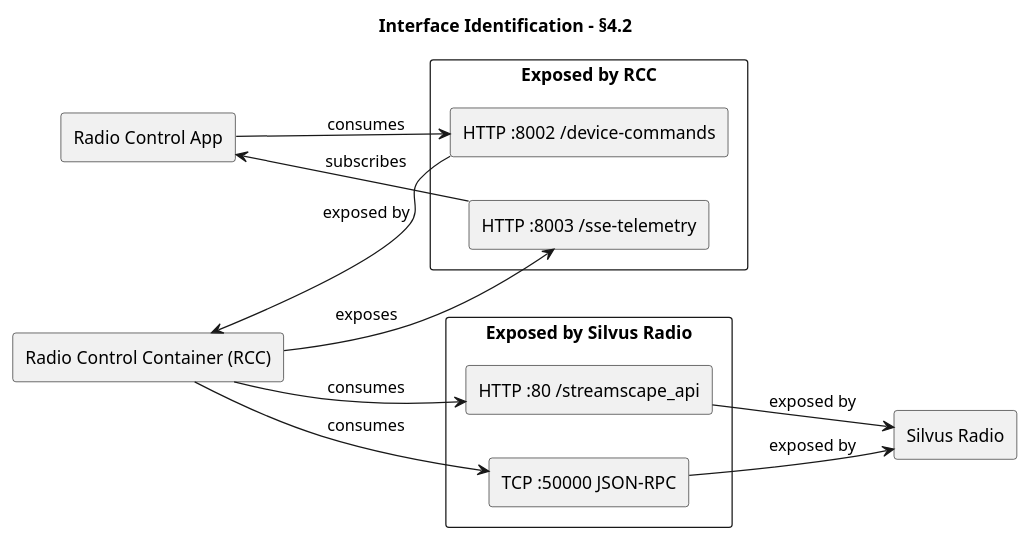
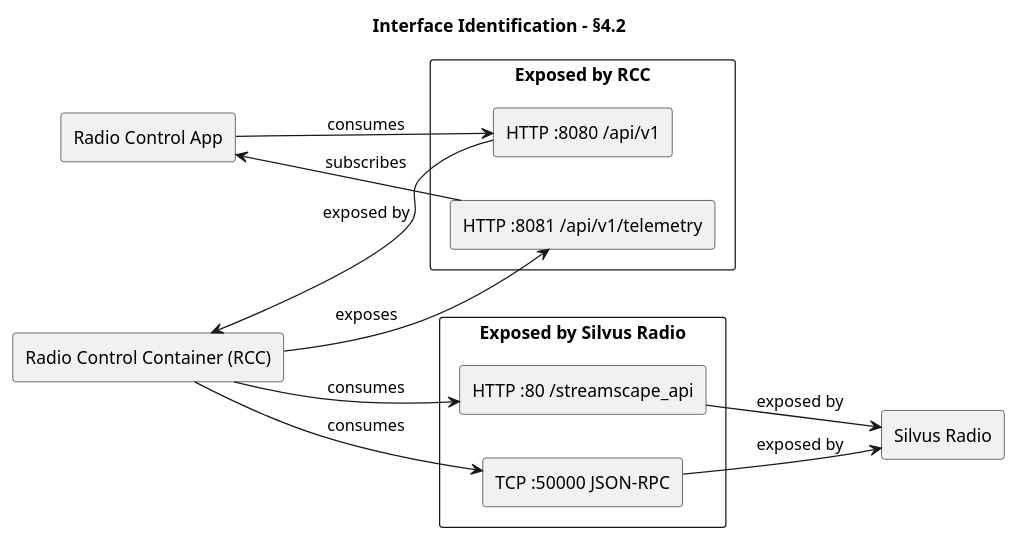
One commit to CarlosSprekelsen/radio-control changed the second of 5 diagrams in docs/icd_tnn_↔_radio_logical_ieee_style_template_editable.md. Above: the diagram before and after it, drawn with PlantUML. The commit also changed other lines of this file and 14 other files, not shown here.

````diff
--- a/docs/icd_tnn_↔_radio_logical_ieee_style_template_editable.md
+++ b/docs/icd_tnn_↔_radio_logical_ieee_style_template_editable.md
@@ -174,33 +174,33 @@
 ```plantuml
 @startuml
 title Interface Identification – §4.2
 left to right direction
 skinparam componentStyle rectangle
 
 component "Radio Control App" as App
 component "Radio Control Container (RCC)" as RCC
 component "Silvus Radio" as Radio
 
 rectangle "Exposed by RCC" as RCCIf {
-  [HTTP :8002 /device-commands]
-  [HTTP :8003 /sse-telemetry]
+  [HTTP :8080 /api/v1]
+  [HTTP :8081 /api/v1/telemetry]
 }
 
 rectangle "Exposed by Silvus Radio" as RadioIf {
   [HTTP :80 /streamscape_api]
   [TCP :50000 JSON-RPC]
 }
 
-App --> [HTTP :8002 /device-commands] : consumes
-[HTTP :8002 /device-commands] --> RCC : exposed by
+App --> [HTTP :8080 /api/v1] : consumes
+[HTTP :8080 /api/v1] --> RCC : exposed by
 
-RCC --> [HTTP :8003 /sse-telemetry] : exposes
-[HTTP :8003 /sse-telemetry] --> App : subscribes
+RCC --> [HTTP :8081 /api/v1/telemetry] : exposes
+[HTTP :8081 /api/v1/telemetry] --> App : subscribes
 
 RCC --> [HTTP :80 /streamscape_api] : consumes
 [HTTP :80 /streamscape_api] --> Radio : exposed by
 
 RCC --> [TCP :50000 JSON-RPC] : consumes
 [TCP :50000 JSON-RPC] --> Radio : exposed by
 @enduml
 ```
````
